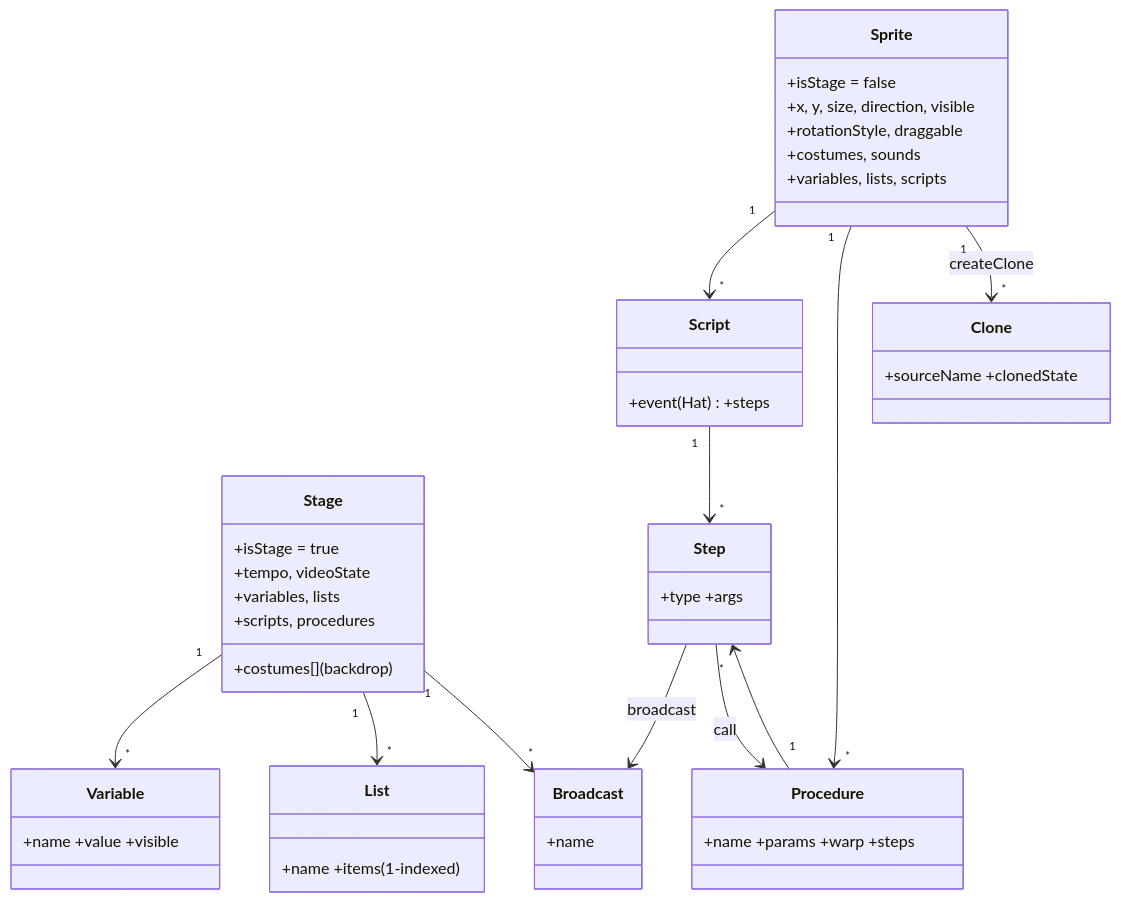
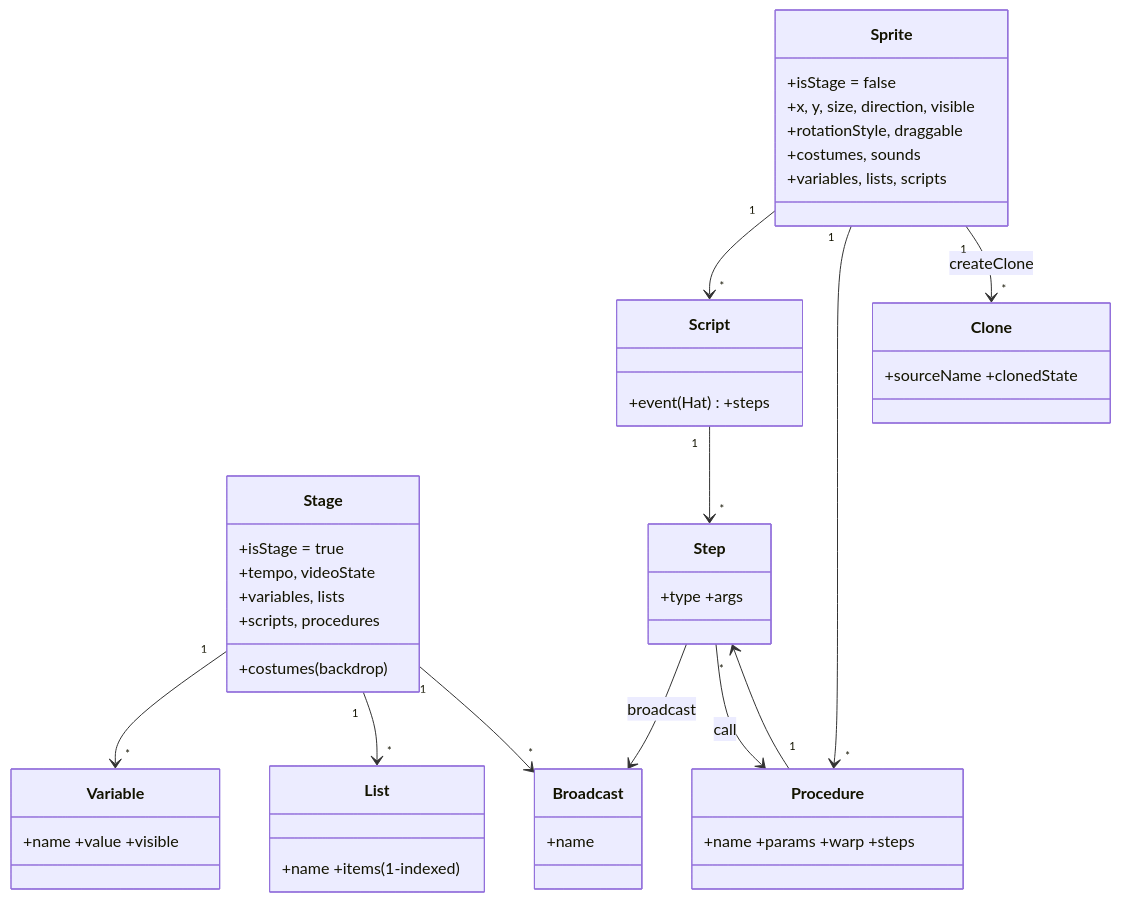
One commit to Black2856/htmlJs2sb3 changed the second of 3 diagrams in claudedocs/REPORT.md. Above: the diagram before and after it, drawn with Mermaid. The commit also changed other lines of this file and 21 other files, not shown here.

````diff
--- a/claudedocs/REPORT.md
+++ b/claudedocs/REPORT.md
@@ -54,35 +59,35 @@
 ```mermaid
 classDiagram
   class Stage {
     +isStage = true
     +tempo, videoState
-    +costumes[] (backdrop)
+    +costumes (backdrop)
     +variables, lists
     +scripts, procedures
   }
   class Sprite {
     +isStage = false
     +x, y, size, direction, visible
     +rotationStyle, draggable
     +costumes, sounds
     +variables, lists, scripts
   }
   class Variable { +name +value +visible }
   class List { +name +items (1-indexed) }
   class Broadcast { +name }
   class Script { +event(Hat) +steps }
   class Step { +type +args }
   class Procedure { +name +params +warp +steps }
   class Clone { +sourceName +clonedState }
 
   Stage "1" --> "*" Variable
   Stage "1" --> "*" List
   Stage "1" --> "*" Broadcast
   Sprite "1" --> "*" Script
   Sprite "1" --> "*" Procedure
   Sprite "1" --> "*" Clone : createClone
   Script "1" --> "*" Step
   Step --> Broadcast : broadcast
   Step --> Procedure : call
   Procedure "1" --> "*" Step
 ```
````
